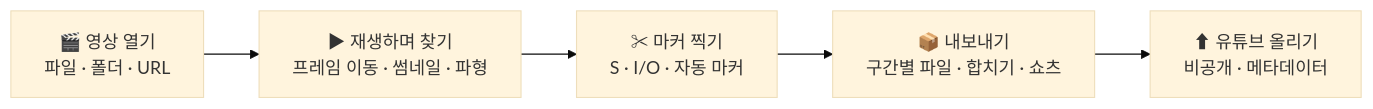
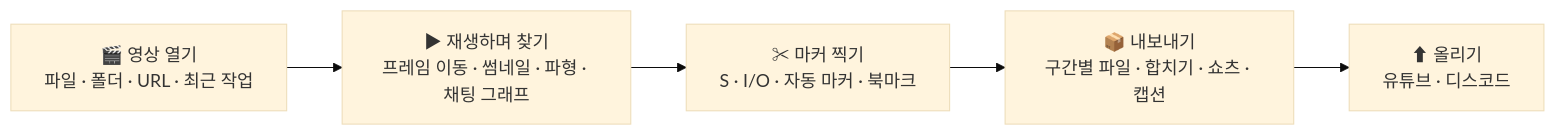
Before and after one commit to vtubeadmirer/clipslicer: the first of 2 diagrams in README.md, drawn with Mermaid (base theme). The commit also changed other lines of this file and 36 other files, not shown here.

Commit message:
0.8.0: 방송인용 기능 — 방송 북마크 핫키, 큰 소리·채팅 반응·키워드 마커, 구간 메모·합치기 순서, 시작 화면·첫 실행 안내·샘플, 트레이 알림, 음량 정규화·캡션·자막·워터마크·인트로/아웃트로·흐림 배경 쇼츠, 유튜브 프리셋·예약 공개·업로드 이력, 디스코드 웹훅, 경량 업데이트 zip

````diff
--- a/README.md
+++ b/README.md
@@ -15,7 +16,7 @@
 ```mermaid
 flowchart LR
-    A["🎬 영상 열기<br/>파일 · 폴더 · URL"] --> B["▶ 재생하며 찾기<br/>프레임 이동 · 썸네일 · 파형"]
-    B --> C["✂ 마커 찍기<br/>S · I/O · 자동 마커"]
-    C --> D["📦 내보내기<br/>구간별 파일 · 합치기 · 쇼츠"]
-    D --> E["⬆ 유튜브 올리기<br/>비공개 · 메타데이터"]
+    A["🎬 영상 열기<br/>파일 · 폴더 · URL · 최근 작업"] --> B["▶ 재생하며 찾기<br/>프레임 이동 · 썸네일 · 파형 · 채팅 그래프"]
+    B --> C["✂ 마커 찍기<br/>S · I/O · 자동 마커 · 북마크"]
+    C --> D["📦 내보내기<br/>구간별 파일 · 합치기 · 쇼츠 · 캡션"]
+    D --> E["⬆ 올리기<br/>유튜브 · 디스코드"]
 ```
````
